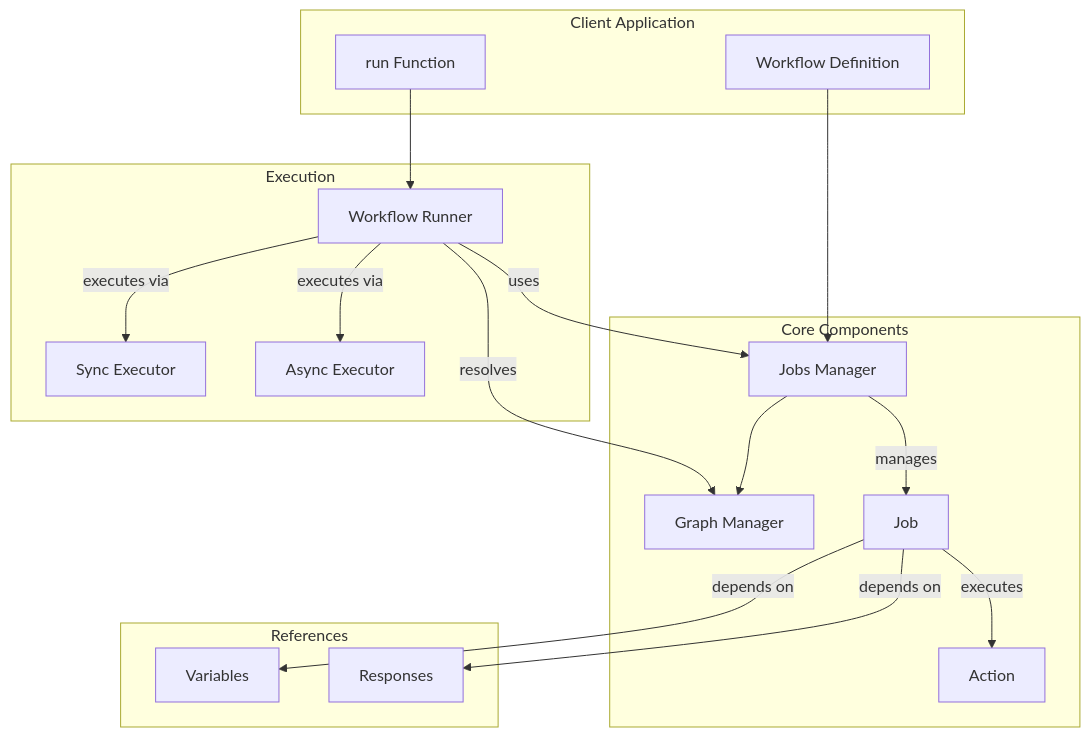
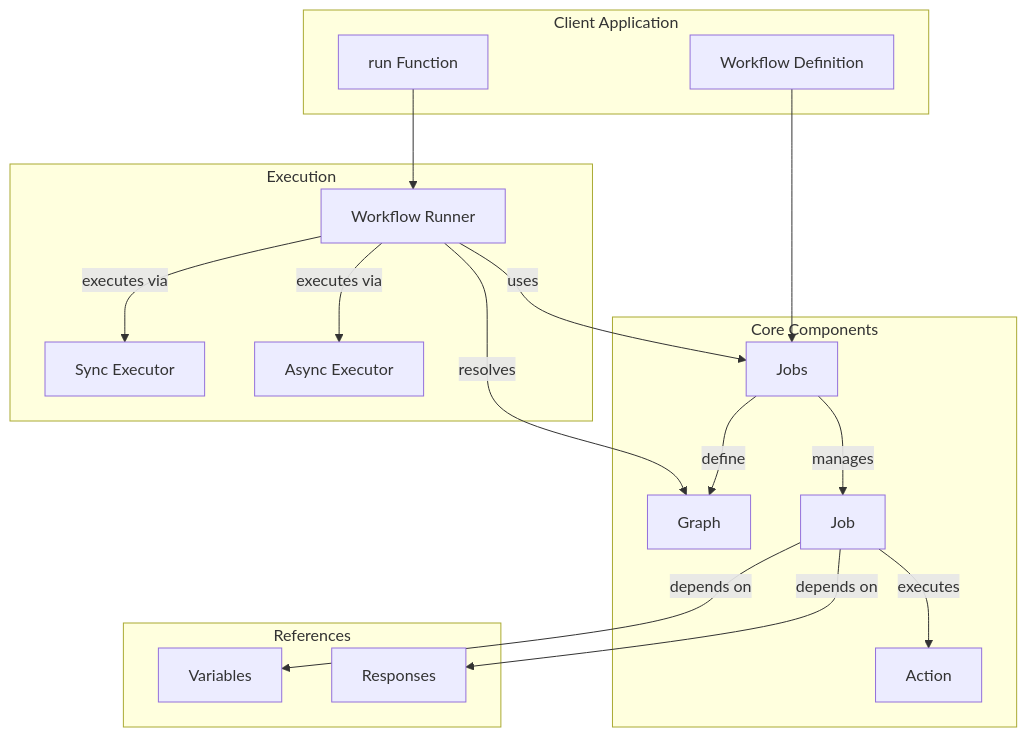
The first of 3 diagrams in README.md (chevere/workflow), drawn with Mermaid before and after one commit. The commit also changed other lines of this file, not shown here.

````diff
--- a/README.md
+++ b/README.md
@@ -49,37 +49,37 @@
 ```mermaid
 graph TD
     subgraph Client Application
         WF[Workflow Definition]
         Run[run Function]
     end
 
     subgraph Core Components
-        Jobs[Jobs Manager]
-        Graph[Graph Manager]
+        Jobs[Jobs]
+        Graph[Graph]
         Job[Job]
         Action[Action]
     end
 
     subgraph References
         Var[Variables]
         Resp[Responses]
     end
 
     subgraph Execution
         Runner[Workflow Runner]
         Sync[Sync Executor]
         Async[Async Executor]
     end
 
     WF --> Jobs
-    Jobs --> Graph
+    Jobs --> |define| Graph
     Jobs --> |manages| Job
     Job --> |executes| Action
     Job --> |depends on| Var
     Job --> |depends on| Resp
     Run --> Runner
     Runner --> |uses| Jobs
     Runner --> |resolves| Graph
     Runner --> |executes via| Sync
     Runner --> |executes via| Async
 ```
````
